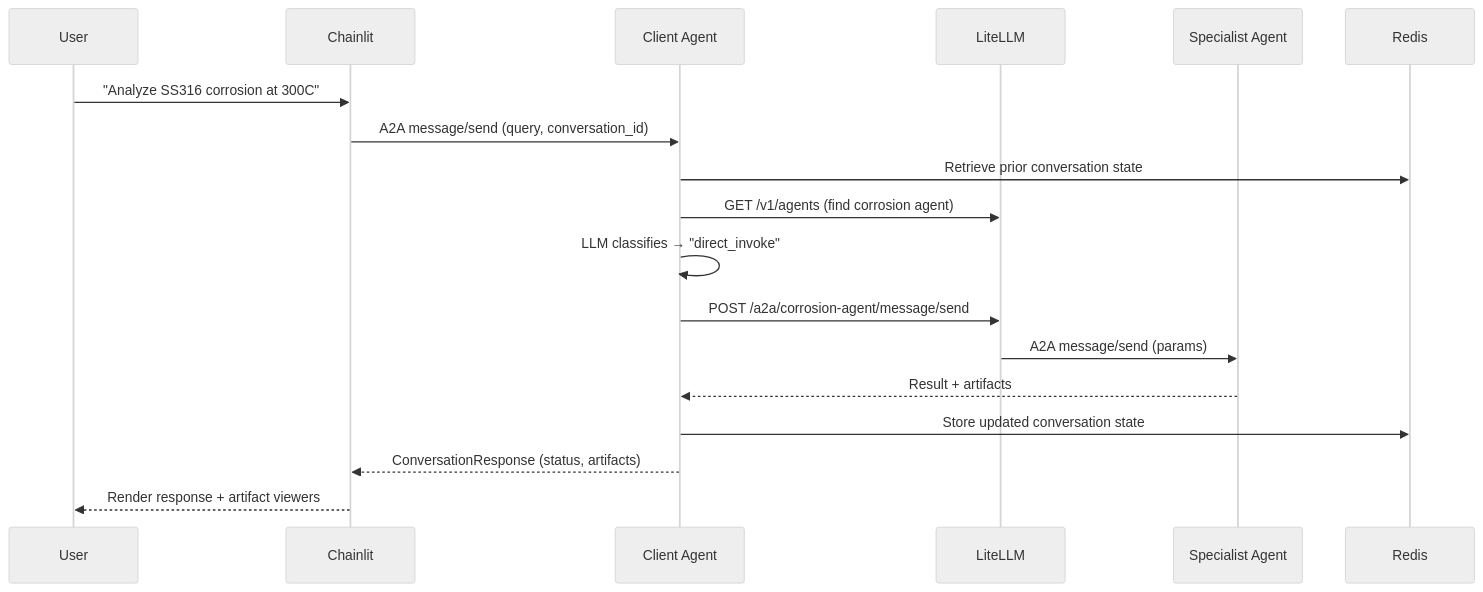
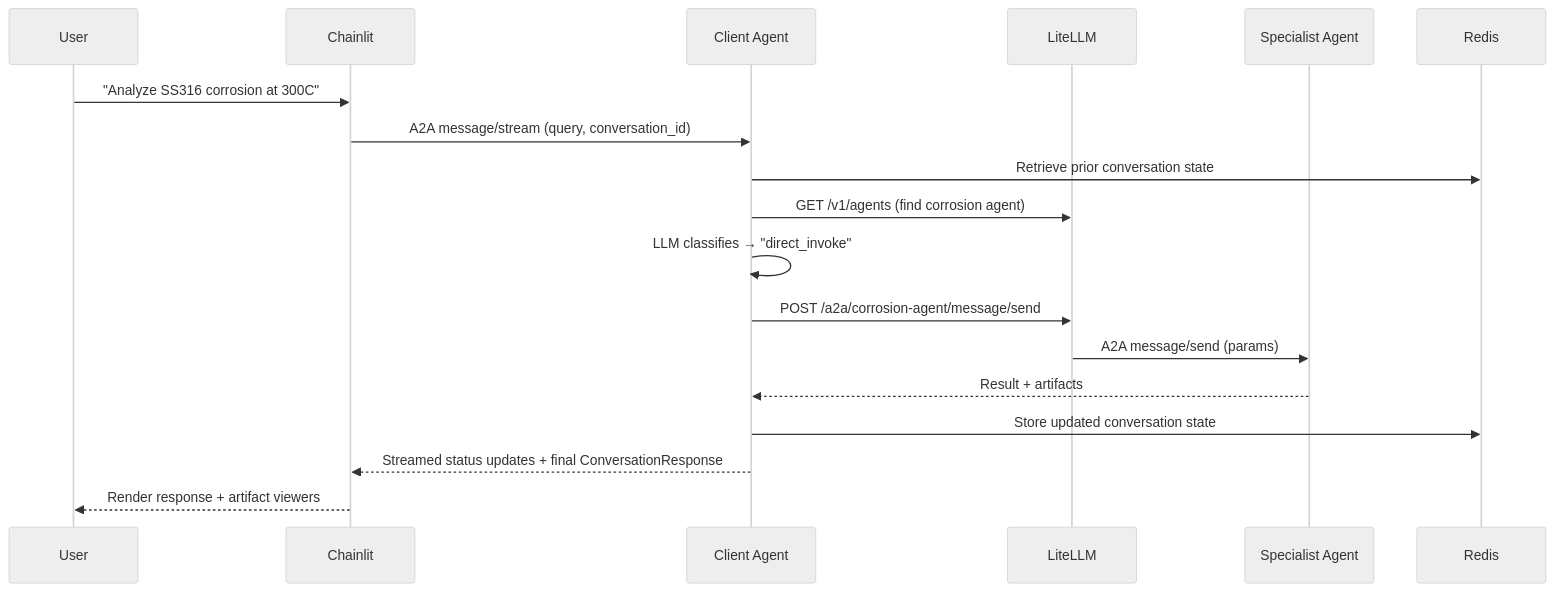
Before and after one commit to Jimmy-INL/prometheus_core: the second of 2 diagrams in docs/docs/dev-docs/architecture.md, drawn with Mermaid (neutral theme). The commit also changed other lines of this file and 10 other files, not shown here.

First line of the commit message:
Stream frontend agent status updates

````diff
--- a/docs/docs/dev-docs/architecture.md
+++ b/docs/docs/dev-docs/architecture.md
@@ -124,21 +124,21 @@
 ```mermaid
 sequenceDiagram
     participant U as User
     participant CL as Chainlit
     participant CA as Client Agent
     participant LLM as LiteLLM
     participant SA as Specialist Agent
     participant R as Redis
 
     U->>CL: "Analyze SS316 corrosion at 300C"
-    CL->>CA: A2A message/send (query, conversation_id)
+    CL->>CA: A2A message/stream (query, conversation_id)
     CA->>R: Retrieve prior conversation state
     CA->>LLM: GET /v1/agents (find corrosion agent)
     CA->>CA: LLM classifies → "direct_invoke"
     CA->>LLM: POST /a2a/corrosion-agent/message/send
     LLM->>SA: A2A message/send (params)
     SA-->>CA: Result + artifacts
     CA->>R: Store updated conversation state
-    CA-->>CL: ConversationResponse (status, artifacts)
+    CA-->>CL: Streamed status updates + final ConversationResponse
     CL-->>U: Render response + artifact viewers
 ```
````
